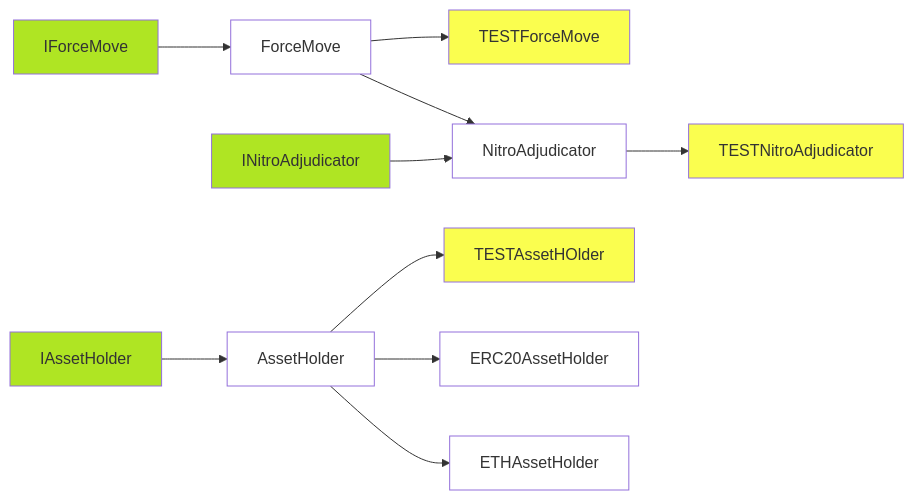
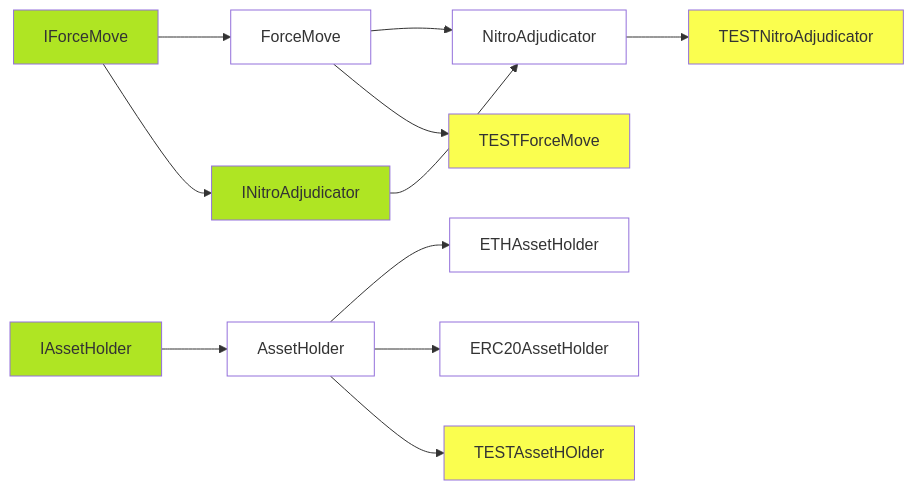
The first of 2 diagrams in packages/nitro-protocol/contracts/inheritance-graph.md (statechannels/statechannels), drawn with Mermaid before and after one commit.

Commit message:
Add additional vertex to inheritance graph

````diff
--- a/packages/nitro-protocol/contracts/inheritance-graph.md
+++ b/packages/nitro-protocol/contracts/inheritance-graph.md
@@ -3,22 +3,23 @@
 ```mermaid
 graph LR
 linkStyle default interpolate basis
 IForceMove--> ForceMove
+IForceMove--> INitroAdjudicator
 INitroAdjudicator--> NitroAdjudicator
 ForceMove--> NitroAdjudicator
 IAssetHolder--> AssetHolder
 AssetHolder-->ETHAssetHolder
 AssetHolder-->ERC20AssetHolder
 
 ForceMove-->TESTForceMove
 NitroAdjudicator--> TESTNitroAdjudicator
 
 AssetHolder-->TESTAssetHOlder
 
 classDef Contract fill:#ffffff;
 classDef Abstract fill:#afe523;
 classDef TestContract fill:#fafe4f;
 class IForceMove,INitroAdjudicator,IAssetHolder Abstract;
 class NitroAdjudicator,ForceMove,AssetHolder,ETHAssetHolder,ERC20AssetHolder Contract;
 class TESTForceMove,TESTNitroAdjudicator,TESTAssetHOlder TestContract;
 ```
````
